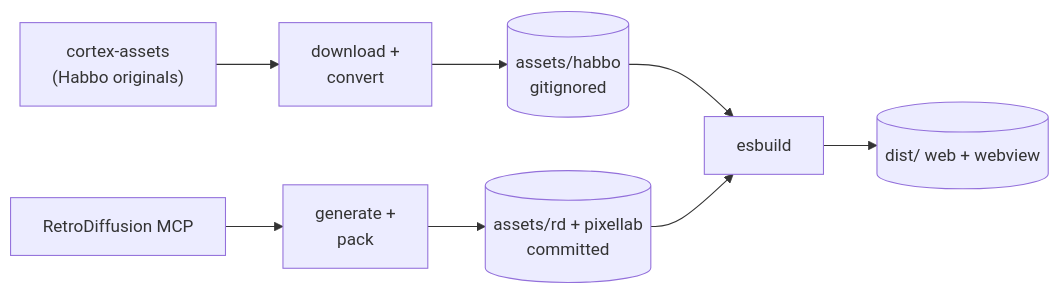
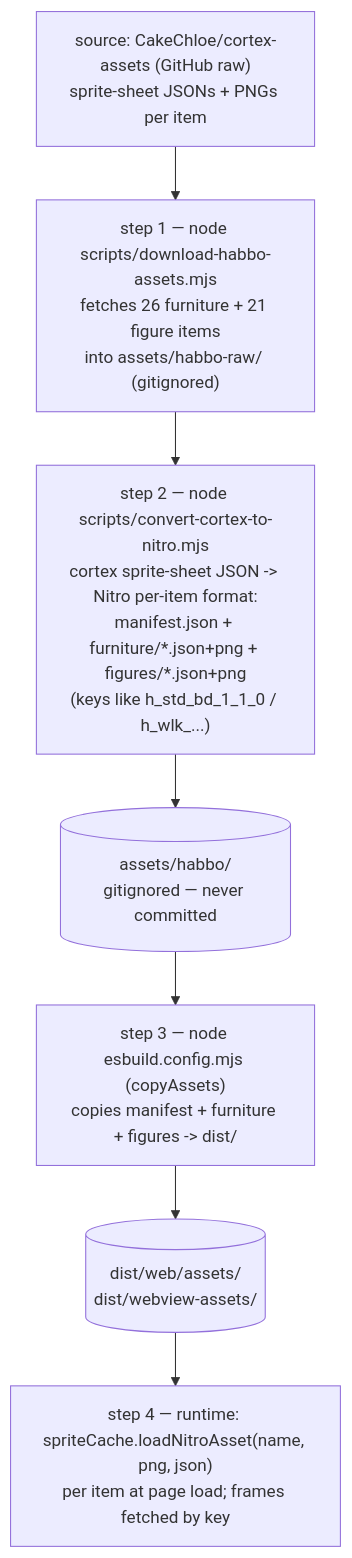
The second of 4 diagrams in README.md (AventusM/habbo-pixel-agents), drawn with Mermaid before and after one commit. The commit also changed other lines of this file and 1 other file, not shown here.

Commit message:
docs(readme+arch): step-by-step detail in diagrams — asset pipeline commands, render loop steps, cluster responsibilities

````diff
--- a/README.md
+++ b/README.md
@@ -271,7 +278,11 @@
 ```mermaid
-flowchart LR
-  CAKE["cortex-assets<br/>(Habbo originals)"] --> DL["download +<br/>convert"] --> HABBO[("assets/habbo<br/>gitignored")]
-  RD["RetroDiffusion MCP"] --> GEN["generate +<br/>pack"] --> RDASSETS[("assets/rd + pixellab<br/>committed")]
-  HABBO --> ESB["esbuild"] --> DIST[("dist/ web + webview")]
-  RDASSETS --> ESB
+flowchart TD
+  CAKE["source: CakeChloe/cortex-assets (GitHub raw)<br/>sprite-sheet JSONs + PNGs per item"]
+  DL["step 1 — node scripts/download-habbo-assets.mjs<br/>fetches 26 furniture + 21 figure items<br/>into assets/habbo-raw/ (gitignored)"]
+  CV["step 2 — node scripts/convert-cortex-to-nitro.mjs<br/>cortex sprite-sheet JSON -> Nitro per-item format:<br/>manifest.json + furniture/*.json+png + figures/*.json+png<br/>(keys like h_std_bd_1_1_0 / h_wlk_...)"]
+  HABBO[("assets/habbo/<br/>gitignored — never committed")]
+  ESB["step 3 — node esbuild.config.mjs (copyAssets)<br/>copies manifest + furniture + figures -> dist/"]
+  DIST[("dist/web/assets/<br/>dist/webview-assets/")]
+  RUN["step 4 — runtime: spriteCache.loadNitroAsset(name, png, json)<br/>per item at page load; frames fetched by key"]
+  CAKE --> DL --> CV --> HABBO --> ESB --> DIST --> RUN
 ```
````
